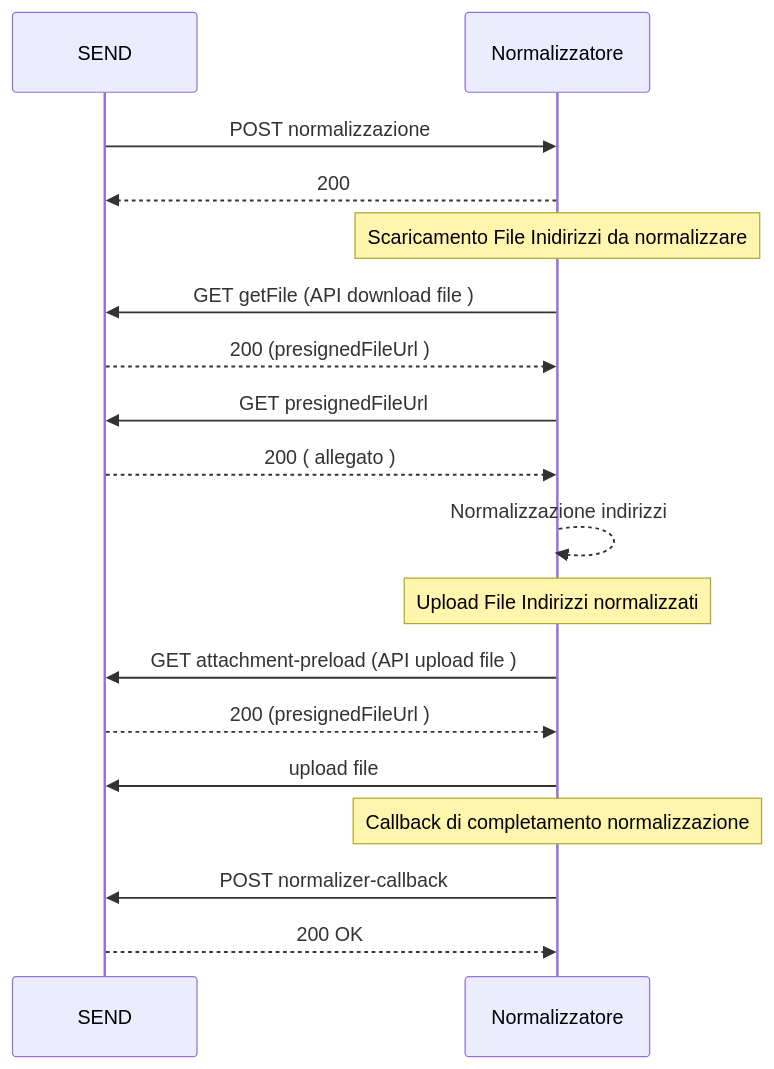
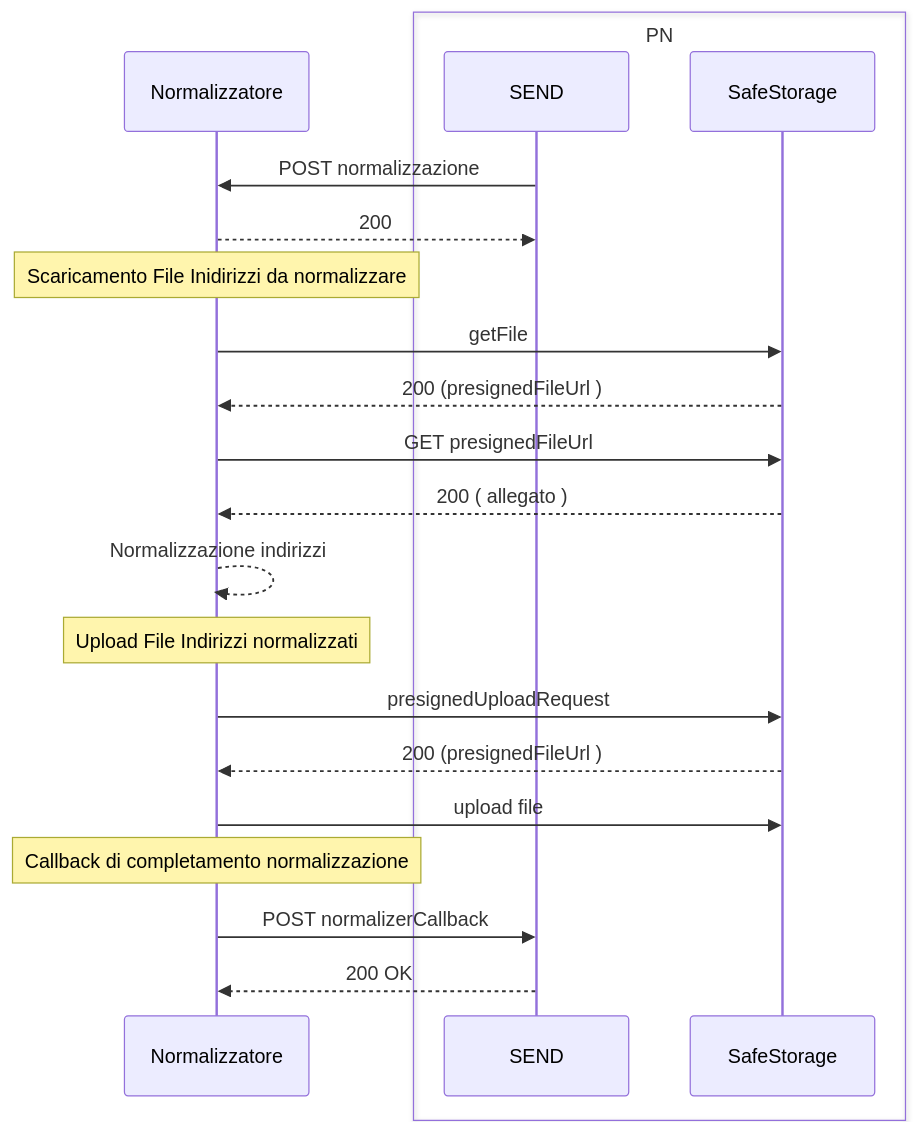
The first of 2 diagrams in docs/normalizzazioneIndirizzi.md (pagopa/pn-postalizzazione-api), drawn with Mermaid before and after one commit. The commit also changed other lines of this file, not shown here.

````diff
--- a/docs/normalizzazioneIndirizzi.md
+++ b/docs/normalizzazioneIndirizzi.md
@@ -31,30 +44,33 @@
 ```mermaid
 sequenceDiagram
 
+    participant NORM as Normalizzatore
+    box PN
     participant SEND as SEND
-    participant NORM as Normalizzatore
-
+    participant ss as SafeStorage
+    end 
+    
     SEND->>NORM: POST normalizzazione
     NORM-->>SEND: 200
 
 
 
 note over NORM : Scaricamento File Inidirizzi da normalizzare
-    NORM->>SEND: GET getFile (API download file )
-    SEND-->>NORM: 200 (presignedFileUrl )
-    NORM ->> SEND: GET presignedFileUrl
-    SEND -->> NORM : 200 ( allegato ) 
+    NORM->>ss: getFile
+    ss-->>NORM: 200 (presignedFileUrl )
+    NORM ->> ss: GET presignedFileUrl
+    ss -->> NORM : 200 ( allegato ) 
 
     NORM -->> NORM : Normalizzazione indirizzi
 
 note over NORM : Upload File Indirizzi normalizzati
-    NORM->>SEND: GET attachment-preload (API upload file )
-    SEND-->>NORM: 200 (presignedFileUrl )
-    NORM ->> SEND: upload file
+    NORM->>ss: presignedUploadRequest
+    ss-->>NORM: 200 (presignedFileUrl )
+    NORM ->> ss: upload file
 
 note over NORM : Callback di completamento normalizzazione
-    NORM ->> SEND : POST normalizer-callback
+    NORM ->> SEND : POST normalizerCallback
     SEND -->> NORM : 200 OK
 
 
 ```
````
